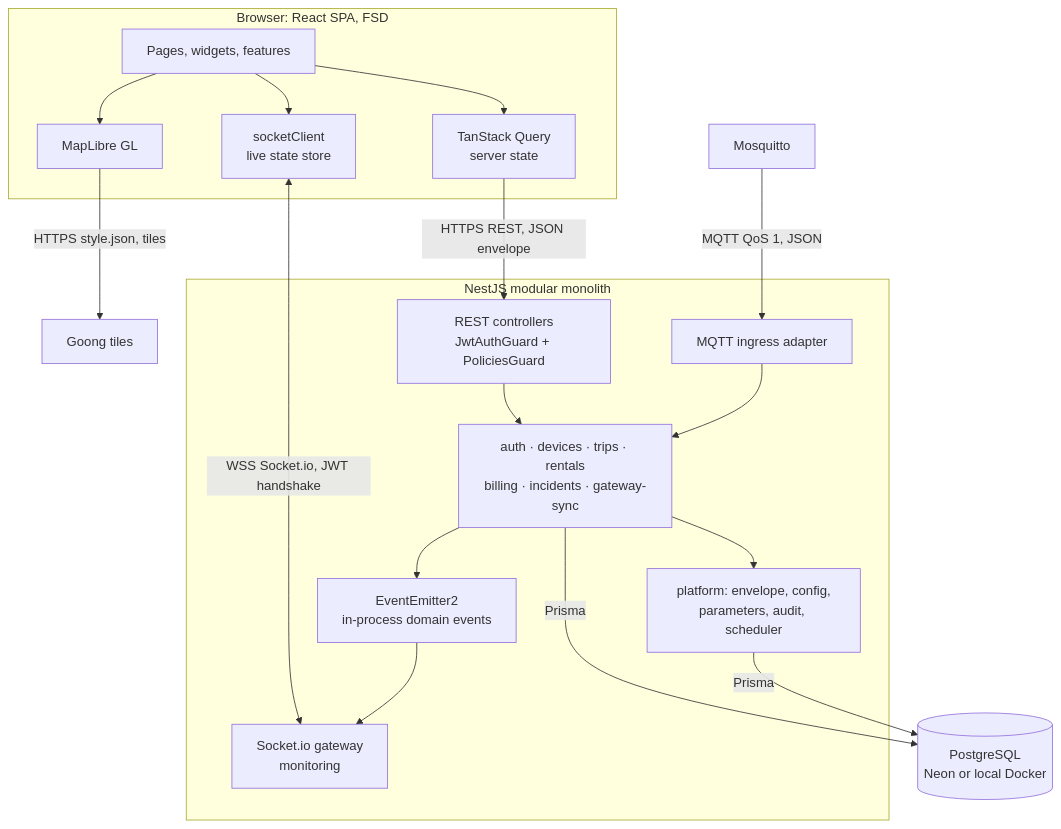
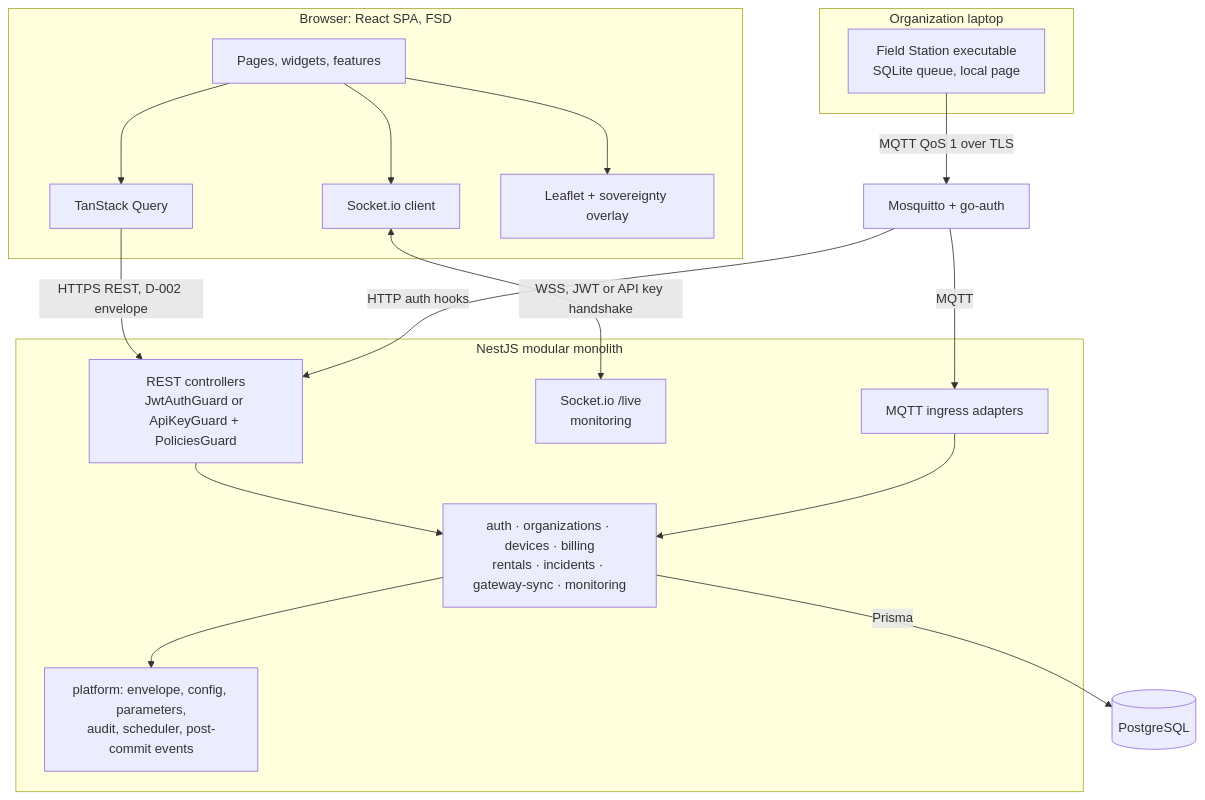
One commit to TrekLink-Team/treklink-web changed the second of 5 diagrams in specs/platform/design.md. Above: the diagram before and after it, drawn with Mermaid. The commit also changed other lines of this file and 367 other files, not shown here.

First line of the commit message:
docs: rewrite the module specs and schema from the rescoped SRS

````diff
--- a/specs/platform/design.md
+++ b/specs/platform/design.md
@@ -48,34 +51,33 @@
 ```mermaid
 flowchart TB
     subgraph Client["Browser: React SPA, FSD"]
         UI["Pages, widgets, features"]
-        QC["TanStack Query<br/>server state"]
-        WS["socketClient<br/>live state store"]
-        ML["MapLibre GL"]
+        QC["TanStack Query"]
+        WS["Socket.io client"]
+        LF["Leaflet + sovereignty overlay"]
     end
     subgraph Backend["NestJS modular monolith"]
-        HTTP["REST controllers<br/>JwtAuthGuard + PoliciesGuard"]
-        GWY["Socket.io gateway<br/>monitoring"]
-        MODS["auth · devices · trips · rentals<br/>billing · incidents · gateway-sync"]
-        PLT["platform: envelope, config,<br/>parameters, audit, scheduler"]
-        BUS["EventEmitter2<br/>in-process domain events"]
-        ING["MQTT ingress adapter"]
+        HTTP["REST controllers<br/>JwtAuthGuard or ApiKeyGuard + PoliciesGuard"]
+        LIVE["Socket.io /live<br/>monitoring"]
+        MODS["auth · organizations · devices · billing<br/>rentals · incidents · gateway-sync · monitoring"]
+        PLT["platform: envelope, config, parameters,<br/>audit, scheduler, post-commit events"]
+        ING["MQTT ingress adapters"]
     end
-    DB[("PostgreSQL<br/>Neon or local Docker")]
-    BRK["Mosquitto"]
-    GOONG["Goong tiles"]
+    subgraph Field["Organization laptop"]
+        FSX["Field Station executable<br/>SQLite queue, local page"]
+    end
+    DB[("PostgreSQL")]
+    BRK["Mosquitto + go-auth"]
     UI --> QC
     UI --> WS
-    UI --> ML
-    QC -->|"HTTPS REST, JSON envelope"| HTTP
-    WS <-->|"WSS Socket.io, JWT handshake"| GWY
-    ML -->|"HTTPS style.json, tiles"| GOONG
+    UI --> LF
+    QC -->|"HTTPS REST, D-002 envelope"| HTTP
+    WS <-->|"WSS, JWT or API key handshake"| LIVE
     HTTP --> MODS
     MODS --> PLT
     MODS -->|"Prisma"| DB
-    PLT -->|"Prisma"| DB
-    MODS --> BUS
-    BUS --> GWY
-    BRK -->|"MQTT QoS 1, JSON"| ING
+    FSX -->|"MQTT QoS 1 over TLS"| BRK
+    BRK -->|"MQTT"| ING
+    BRK -->|"HTTP auth hooks"| HTTP
     ING --> MODS
 ```
````
